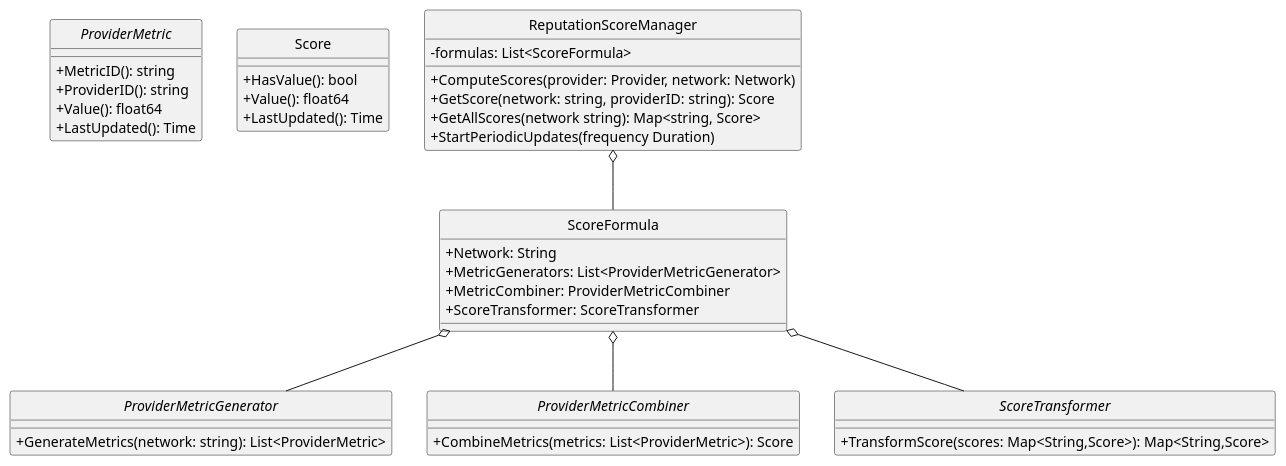
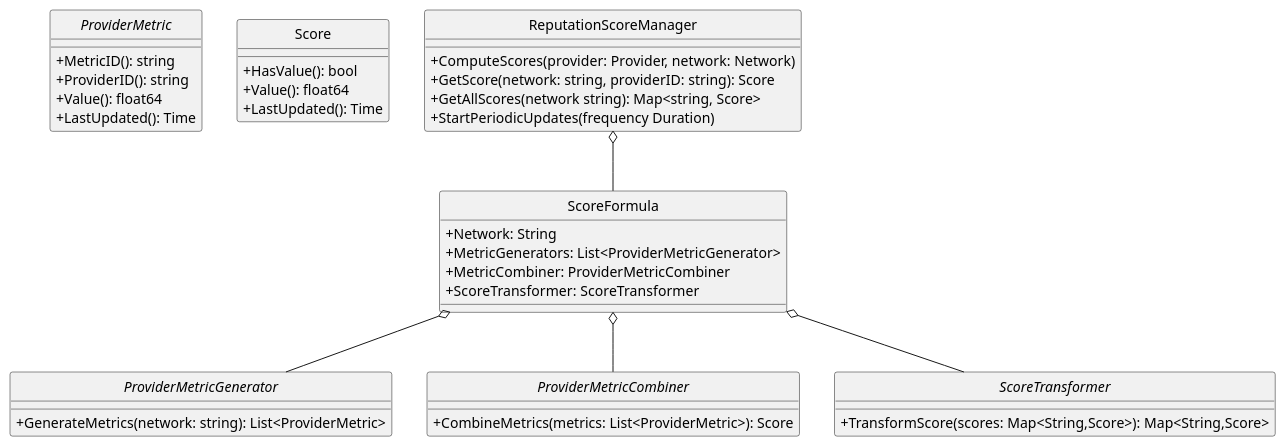
One commit to DIN-center/din-caddy-plugins changed the first of 2 diagrams in docs/dip-001/dip-001-reputation-scores.md. Above: the diagram before and after it, drawn with PlantUML. The commit also changed other lines of this file, not shown here.

````diff
--- a/docs/dip-001/dip-001-reputation-scores.md
+++ b/docs/dip-001/dip-001-reputation-scores.md
@@ -57,45 +57,44 @@
 ```plantuml
 @startuml
 skinparam style strictuml
 skinparam classAttributeIconSize 0
 
 interface ProviderMetric {
 +MetricID(): string
 +ProviderID(): string
 +Value(): float64
 +LastUpdated(): Time
 }
 class Score {
 +HasValue(): bool
 +Value(): float64
 +LastUpdated(): Time
 }
 interface ProviderMetricGenerator {
 +GenerateMetrics(network: string): List<ProviderMetric>
 }
 interface ProviderMetricCombiner {
 +CombineMetrics(metrics: List<ProviderMetric>): Score
 }
 interface ScoreTransformer {
 +TransformScore(scores: Map<String,Score>): Map<String,Score>
 }
 class ScoreFormula {
 +Network: String
 +MetricGenerators: List<ProviderMetricGenerator>
 +MetricCombiner: ProviderMetricCombiner
 +ScoreTransformer: ScoreTransformer
 }
 class ReputationScoreManager {
--formulas: List<ScoreFormula>
 +ComputeScores(provider: Provider, network: Network)
 +GetScore(network: string, providerID: string): Score
 +GetAllScores(network string): Map<string, Score>
 +StartPeriodicUpdates(frequency Duration)
 }
 ReputationScoreManager o-- ScoreFormula
 ScoreFormula o-- ProviderMetricGenerator
 ScoreFormula o-- ProviderMetricCombiner
 ScoreFormula o-- ScoreTransformer
 @enduml
 
 ```
````
